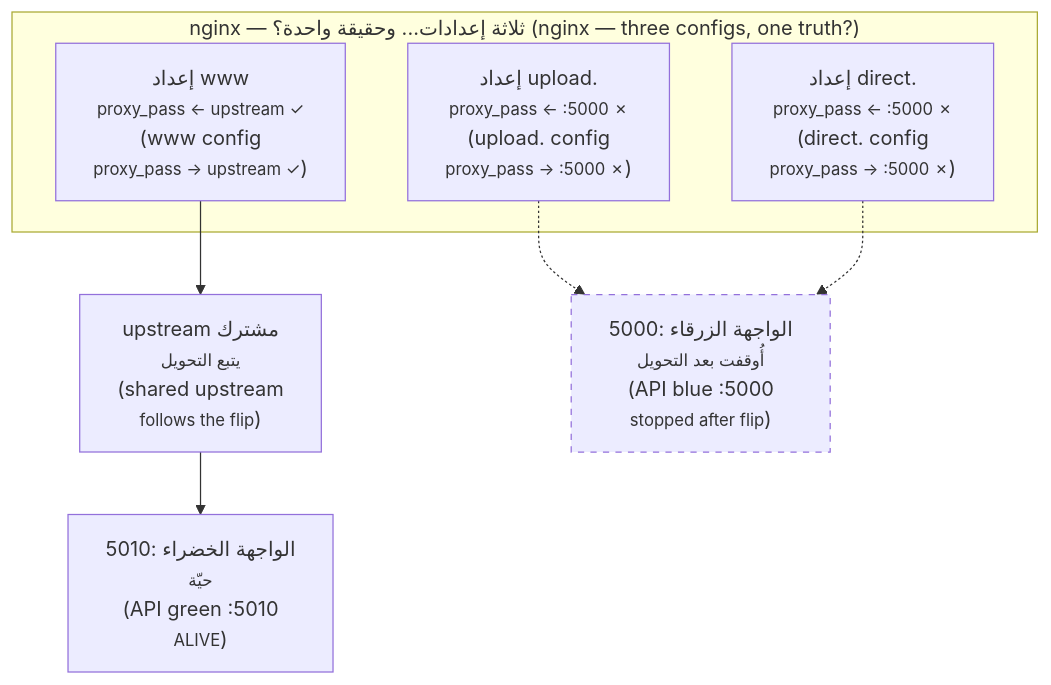
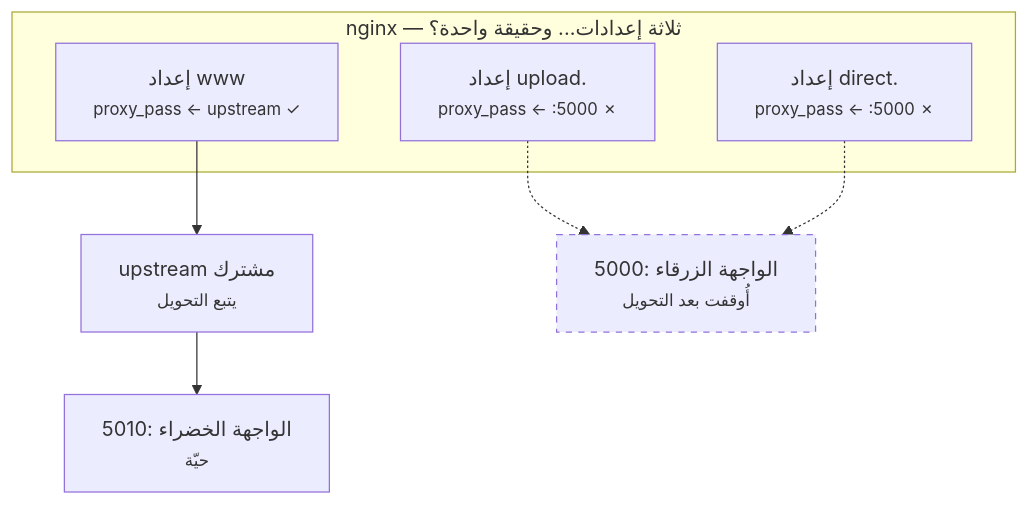
The first of 2 diagrams in modules/01-anatomy-of-a-real-app/lesson-1-draw-the-boxes.ar.md (Tamoura/system-design-for-vibe-coders), drawn with Mermaid before and after one commit. The commit also changed other lines of this file and 551 other files, not shown here.

````diff
--- a/modules/01-anatomy-of-a-real-app/lesson-1-draw-the-boxes.ar.md
+++ b/modules/01-anatomy-of-a-real-app/lesson-1-draw-the-boxes.ar.md
@@ -27,13 +27,13 @@
 ```mermaid
 graph TD
-    subgraph edge["nginx — ثلاثة إعدادات... وحقيقة واحدة؟ (nginx — three configs, one truth?)"]
-        MAIN["إعداد www<br/><small>proxy_pass ← upstream ✓</small><br/>(www config<br/><small>proxy_pass → upstream ✓</small>)"]
-        UP["إعداد upload.<br/><small>proxy_pass ← :5000 ✗</small><br/>(upload. config<br/><small>proxy_pass → :5000 ✗</small>)"]
-        DIR["إعداد direct.<br/><small>proxy_pass ← :5000 ✗</small><br/>(direct. config<br/><small>proxy_pass → :5000 ✗</small>)"]
+    subgraph edge["nginx — ثلاثة إعدادات... وحقيقة واحدة؟"]
+        MAIN["إعداد www<br/><small>proxy_pass ← upstream ✓</small>"]
+        UP["إعداد upload.<br/><small>proxy_pass ← :5000 ✗</small>"]
+        DIR["إعداد direct.<br/><small>proxy_pass ← :5000 ✗</small>"]
     end
-    MAIN --> U["upstream مشترك<br/><small>يتبع التحويل</small><br/>(shared upstream<br/><small>follows the flip</small>)"]
-    U --> GREEN["الواجهة الخضراء :5010<br/><small>حيّة</small><br/>(API green :5010<br/><small>ALIVE</small>)"]
-    UP -.-> DEAD["الواجهة الزرقاء :5000<br/><small>أُوقفت بعد التحويل</small><br/>(API blue :5000<br/><small>stopped after flip</small>)"]
+    MAIN --> U["upstream مشترك<br/><small>يتبع التحويل</small>"]
+    U --> GREEN["الواجهة الخضراء :5010<br/><small>حيّة</small>"]
+    UP -.-> DEAD["الواجهة الزرقاء :5000<br/><small>أُوقفت بعد التحويل</small>"]
     DIR -.-> DEAD
     style DEAD stroke-dasharray: 5 5
 ```
````
